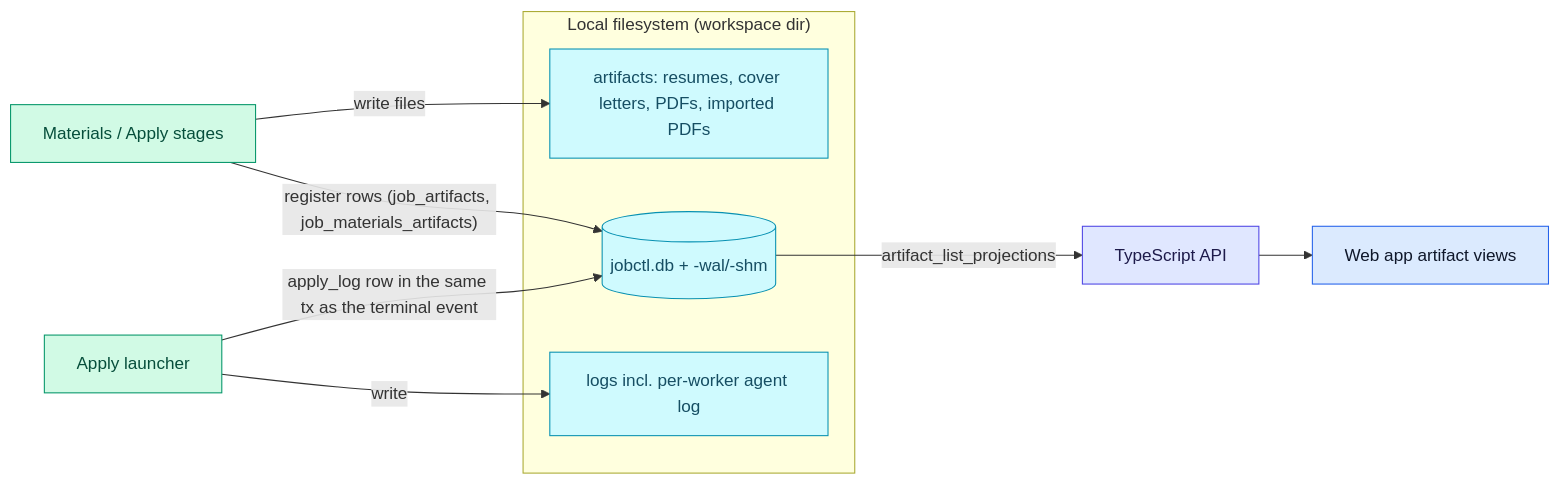
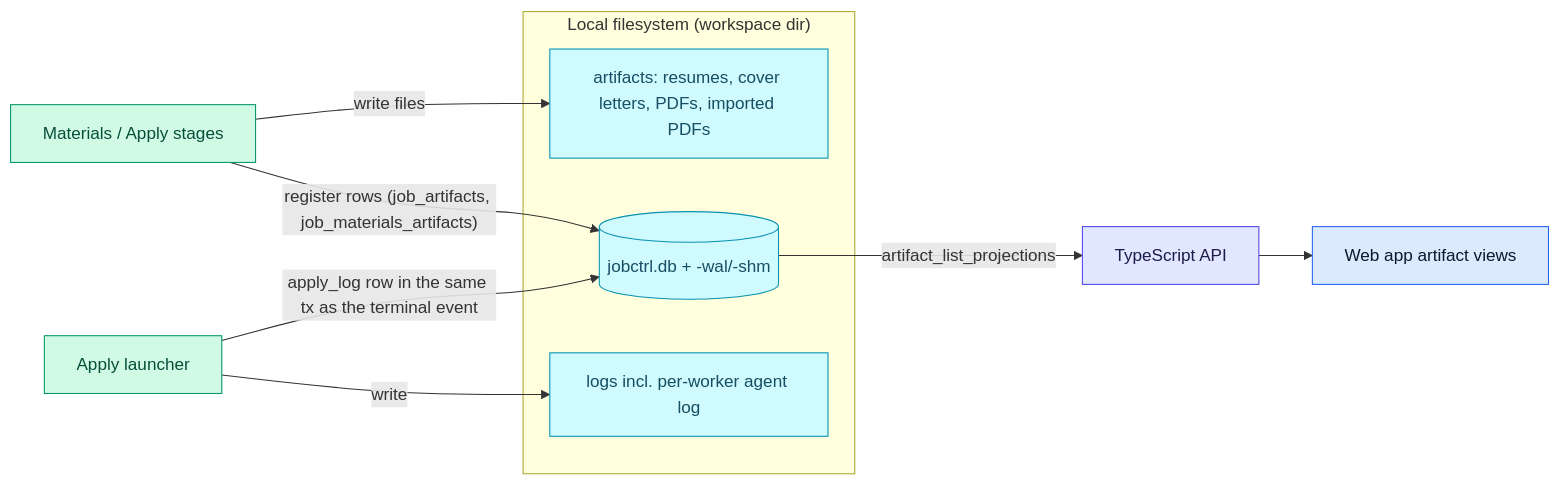
One commit to ebarti/JobCtrl changed the second of 2 diagrams in docs/architecture/storage.md. Above: the diagram before and after it, drawn with Mermaid. The commit also changed other lines of this file and 1284 other files, not shown here.

````diff
--- a/docs/architecture/storage.md
+++ b/docs/architecture/storage.md
@@ -113,23 +113,23 @@
 ```mermaid
 flowchart LR
     subgraph FS["Local filesystem (workspace dir)"]
-        DB[("jobctl.db + -wal/-shm")]
+        DB[("jobctrl.db + -wal/-shm")]
         ART["artifacts: resumes, cover letters, PDFs, imported PDFs"]
         LOGS["logs incl. per-worker agent log"]
     end
     GEN["Materials / Apply stages"] -->|write files| ART
     GEN -->|"register rows (job_artifacts, job_materials_artifacts)"| DB
     APPLY["Apply launcher"] -->|"apply_log row in the same tx as the terminal event"| DB
     APPLY -->|write| LOGS
     DB -->|"artifact_list_projections"| API["TypeScript API"]
     API --> WEB["Web app artifact views"]
 
     classDef ui fill:#dbeafe,stroke:#2563eb,color:#0f172a
     classDef ts fill:#e0e7ff,stroke:#4f46e5,color:#1e1b4b
     classDef py fill:#d1fae5,stroke:#059669,color:#064e3b
     classDef store fill:#cffafe,stroke:#0891b2,color:#164e63
     class GEN,APPLY py
     class API ts
     class WEB ui
     class DB,ART,LOGS store
 ```
````
